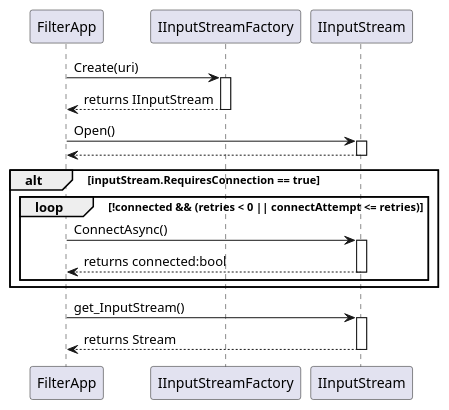
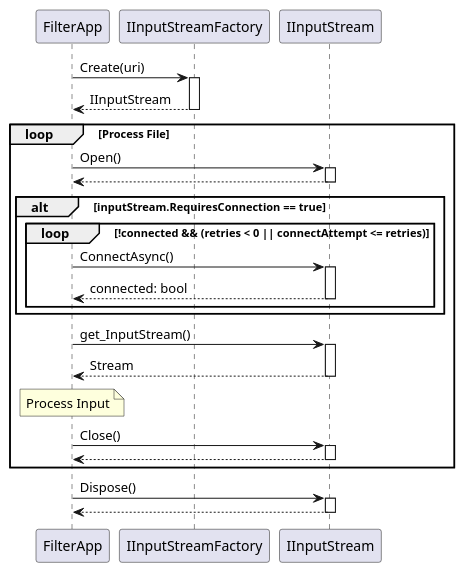
One commit to jcurl/RJCP.DLL.Log changed the diagram in apps/DltDump/docs/diagrams/inputstream.plantuml. Above: the diagram before and after it, drawn with PlantUML. The commit also changed 15 other files, not shown here.

First line of the commit message:
DltDump: FilterApp style improved to be more robust

```diff
--- a/apps/DltDump/docs/diagrams/inputstream.plantuml
+++ b/apps/DltDump/docs/diagrams/inputstream.plantuml
@@ -1,31 +1,38 @@
 @startuml Domain.InputStream_Sequence
+autoactivate on
 
 FilterApp -> IInputStreamFactory : Create(uri)
-activate IInputStreamFactory
-FilterApp <-- IInputStreamFactory : returns IInputStream
-deactivate IInputStreamFactory
+return IInputStream
 
-FilterApp -> IInputStream : Open()
-activate IInputStream
-FilterApp <-- IInputStream
-deactivate IInputStream
+loop Process File
 
-alt inputStream.RequiresConnection == true
+    FilterApp -> IInputStream : Open()
+    return
 
-    loop !connected && (retries < 0 || connectAttempt <= retries)
+    alt inputStream.RequiresConnection == true
 
-        FilterApp -> IInputStream : ConnectAsync()
-        activate IInputStream
-        FilterApp <-- IInputStream : returns connected:bool
-        deactivate IInputStream
+        loop !connected && (retries < 0 || connectAttempt <= retries)
+
+            FilterApp -> IInputStream : ConnectAsync()
+            return connected: bool
+
+        end
 
     end
 
+    FilterApp -> IInputStream : get_InputStream()
+    return Stream
+
+    note over FilterApp
+        Process Input
+    end note
+
+    FilterApp -> IInputStream : Close()
+    return
+
 end
 
-FilterApp -> IInputStream : get_InputStream()
-activate IInputStream
-FilterApp <-- IInputStream : returns Stream
-deactivate IInputStream
+FilterApp -> IInputStream : Dispose()
+return
 
 @enduml
```
